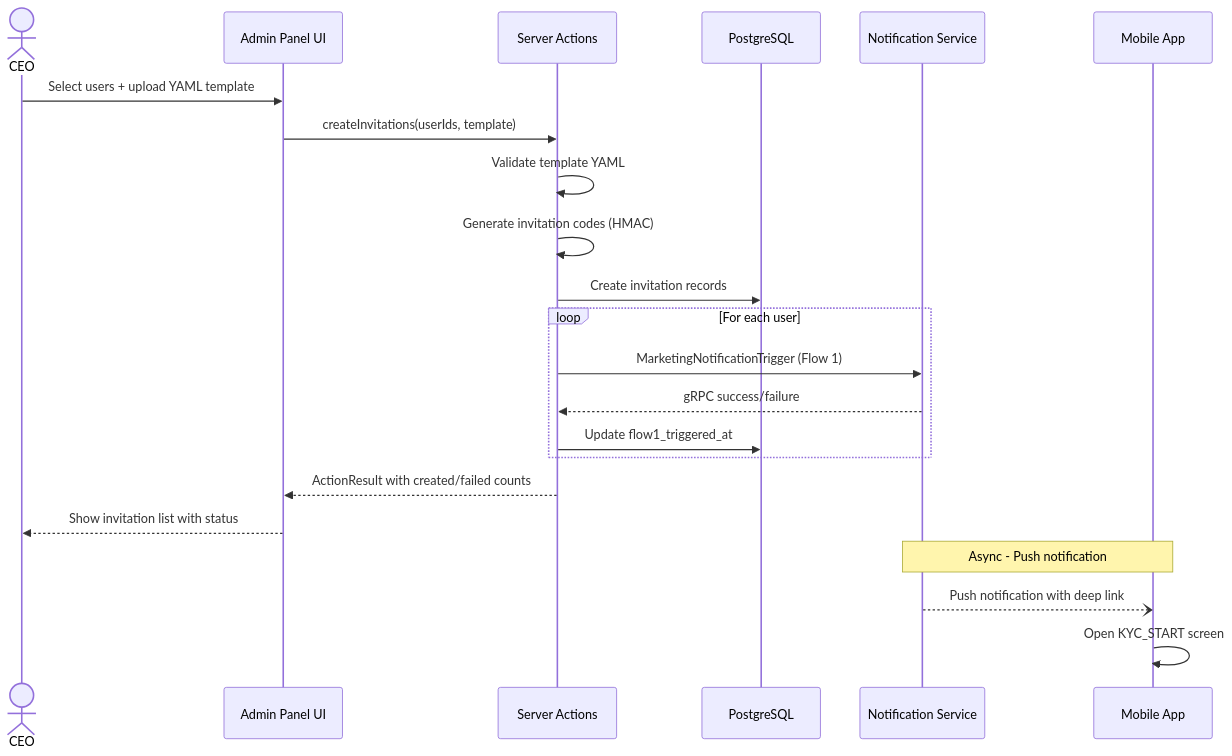
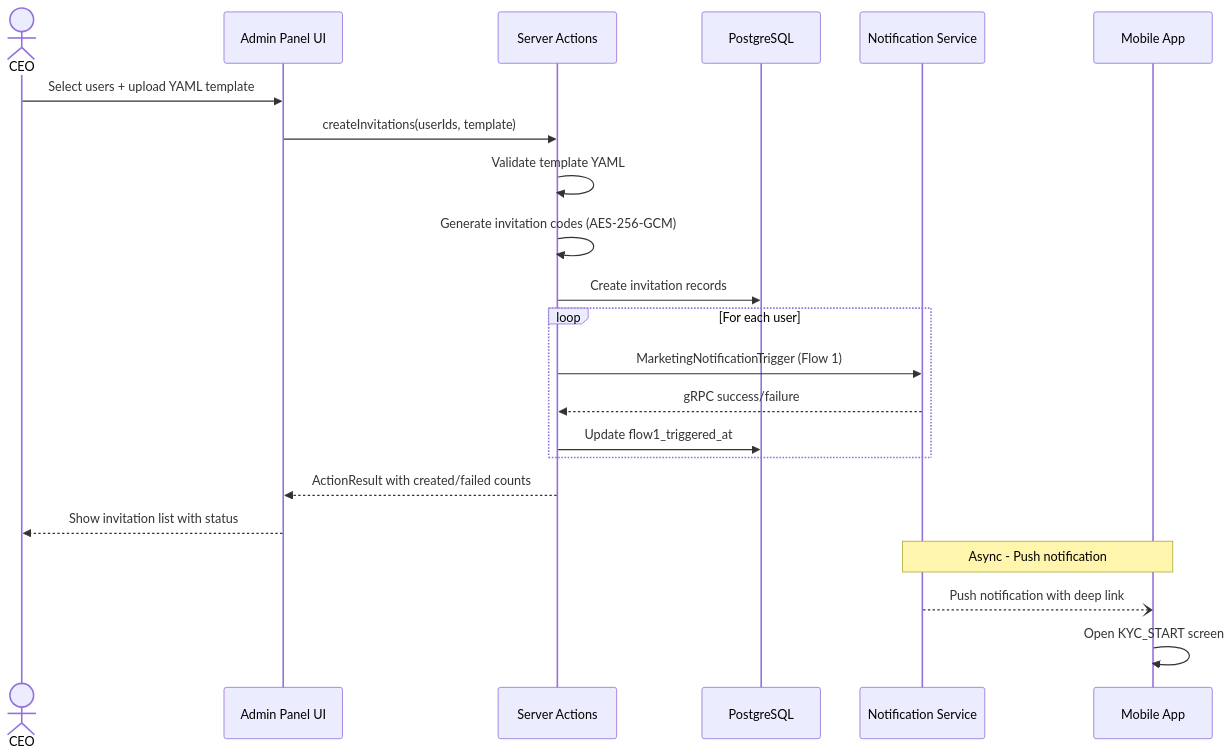
One commit to blinkbitcoin/blink changed the fourth of 7 diagrams in docs/bmad/tech-spec-program-invitation-system.md. Above: the diagram before and after it, drawn with Mermaid. The commit also changed other lines of this file and 3 other files, not shown here.

````diff
--- a/docs/bmad/tech-spec-program-invitation-system.md
+++ b/docs/bmad/tech-spec-program-invitation-system.md
@@ -264,28 +271,28 @@
 ```mermaid
 sequenceDiagram
     actor CEO
     participant UI as Admin Panel UI
     participant Actions as Server Actions
     participant DB as PostgreSQL
     participant Notif as Notification Service
     participant Mobile as Mobile App
 
     CEO->>UI: Select users + upload YAML template
     UI->>Actions: createInvitations(userIds, template)
     Actions->>Actions: Validate template YAML
-    Actions->>Actions: Generate invitation codes (HMAC)
+    Actions->>Actions: Generate invitation codes (AES-256-GCM)
     Actions->>DB: Create invitation records
 
     loop For each user
         Actions->>Notif: MarketingNotificationTrigger (Flow 1)
         Notif-->>Actions: gRPC success/failure
         Actions->>DB: Update flow1_triggered_at
     end
 
     Actions-->>UI: ActionResult with created/failed counts
     UI-->>CEO: Show invitation list with status
 
     Note over Notif,Mobile: Async - Push notification
     Notif--)Mobile: Push notification with deep link
     Mobile->>Mobile: Open KYC_START screen
 ```
````
